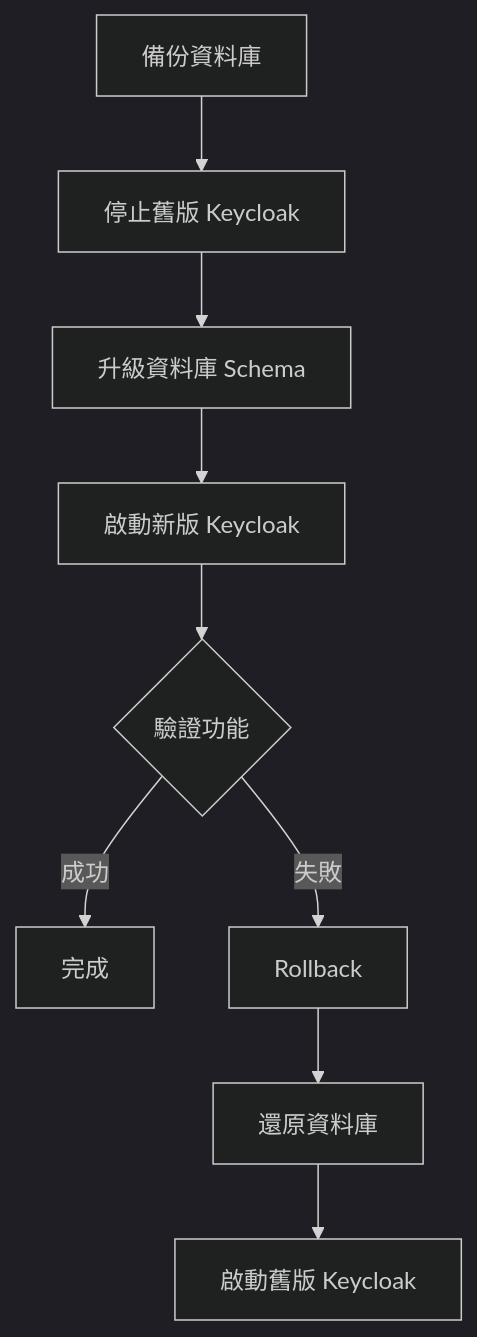
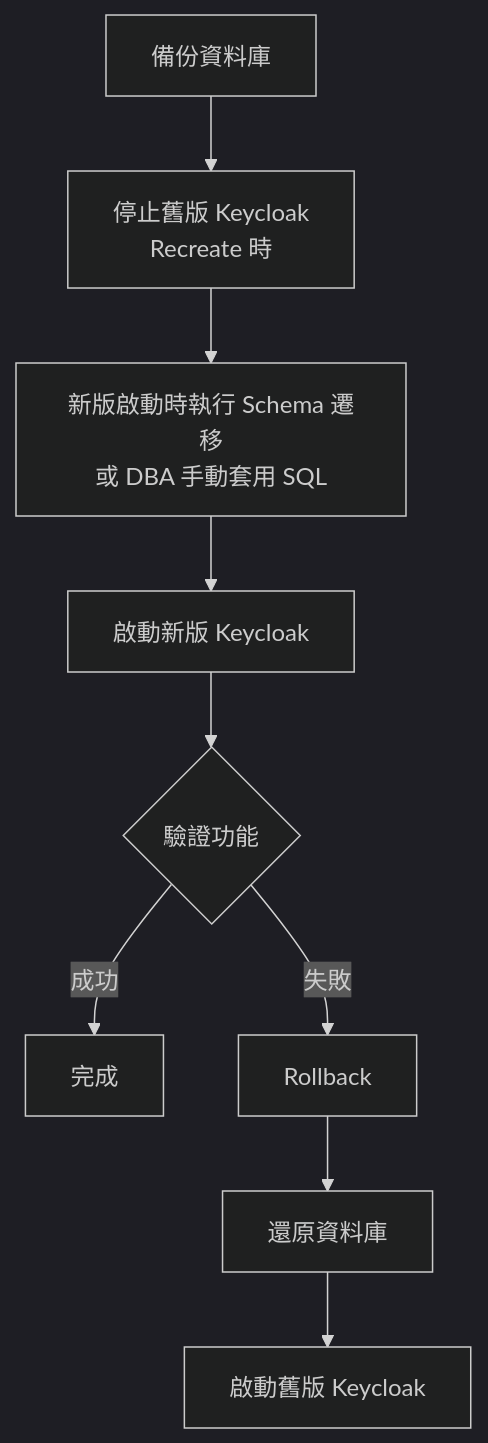
One commit to chihhung/Blog changed diagram 17 of 19 in content/posts/教學/工具/Keycloak教學手冊.md. Above: the diagram before and after it, drawn with Mermaid (dark theme). The commit also changed other lines of this file and 10 other files, not shown here.

````diff
--- a/content/posts/教學/工具/Keycloak教學手冊.md
+++ b/content/posts/教學/工具/Keycloak教學手冊.md
@@ -2044,11 +3958,11 @@
 ```mermaid
 graph TD
-    A[備份資料庫] --> B[停止舊版 Keycloak]
-    B --> C[升級資料庫 Schema]
+    A[備份資料庫] --> B[停止舊版 Keycloak<br/>Recreate 時]
+    B --> C[新版啟動時執行 Schema 遷移<br/>或 DBA 手動套用 SQL]
     C --> D[啟動新版 Keycloak]
     D --> E{驗證功能}
     E -->|成功| F[完成]
     E -->|失敗| G[Rollback]
     G --> H[還原資料庫]
     H --> I[啟動舊版 Keycloak]
 ```
````
